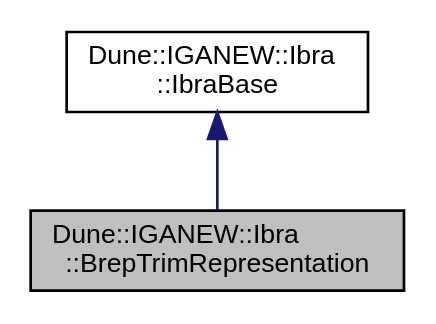
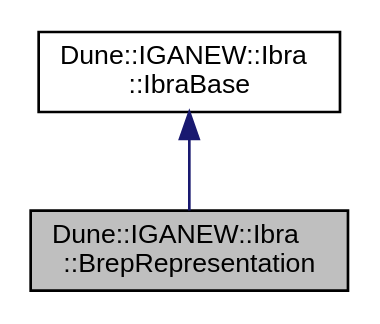
Before and after one commit to rath3t/dune-iga-doc: the diagram in d9/dda/a01289.dot, drawn with Graphviz. The commit also changed 1689 other files, not shown here.

```diff
--- a/d9/dda/a01289.dot
+++ b/d9/dda/a01289.dot
@@ -1,9 +1,9 @@
-digraph "Dune::IGANEW::Ibra::BrepTrimRepresentation"
+digraph "Dune::IGANEW::Ibra::BrepRepresentation"
 {
  // LATEX_PDF_SIZE
   edge [fontname="Helvetica",fontsize="10",labelfontname="Helvetica",labelfontsize="10"];
   node [fontname="Helvetica",fontsize="10",shape=record];
-  Node1 [label="Dune::IGANEW::Ibra\l::BrepTrimRepresentation",height=0.2,width=0.4,color="black", fillcolor="grey75", style="filled", fontcolor="black",tooltip=" "];
+  Node1 [label="Dune::IGANEW::Ibra\l::BrepRepresentation",height=0.2,width=0.4,color="black", fillcolor="grey75", style="filled", fontcolor="black",tooltip=" "];
   Node2 -> Node1 [dir="back",color="midnightblue",fontsize="10",style="solid",fontname="Helvetica"];
-  Node2 [label="Dune::IGANEW::Ibra\l::IbraBase",height=0.2,width=0.4,color="black", fillcolor="white", style="filled",URL="$d8/d17/a01282.html",tooltip=" "];
+  Node2 [label="Dune::IGANEW::Ibra\l::IbraBase",height=0.2,width=0.4,color="black", fillcolor="white", style="filled",URL="$d7/d73/a01266.html",tooltip=" "];
 }
```
